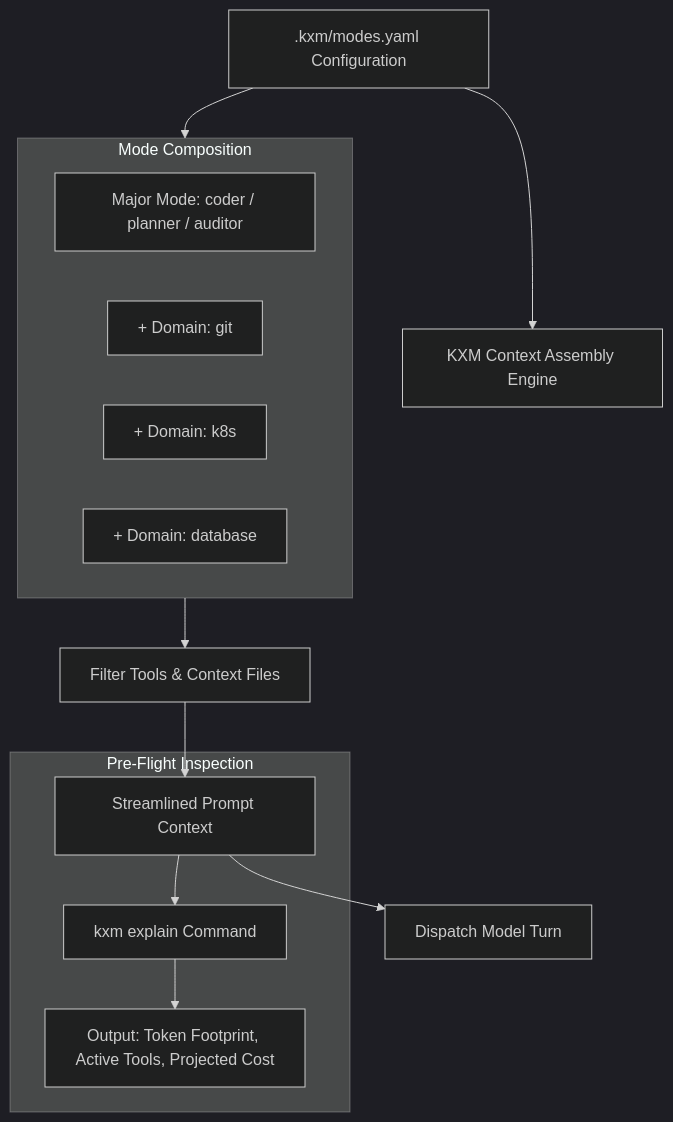
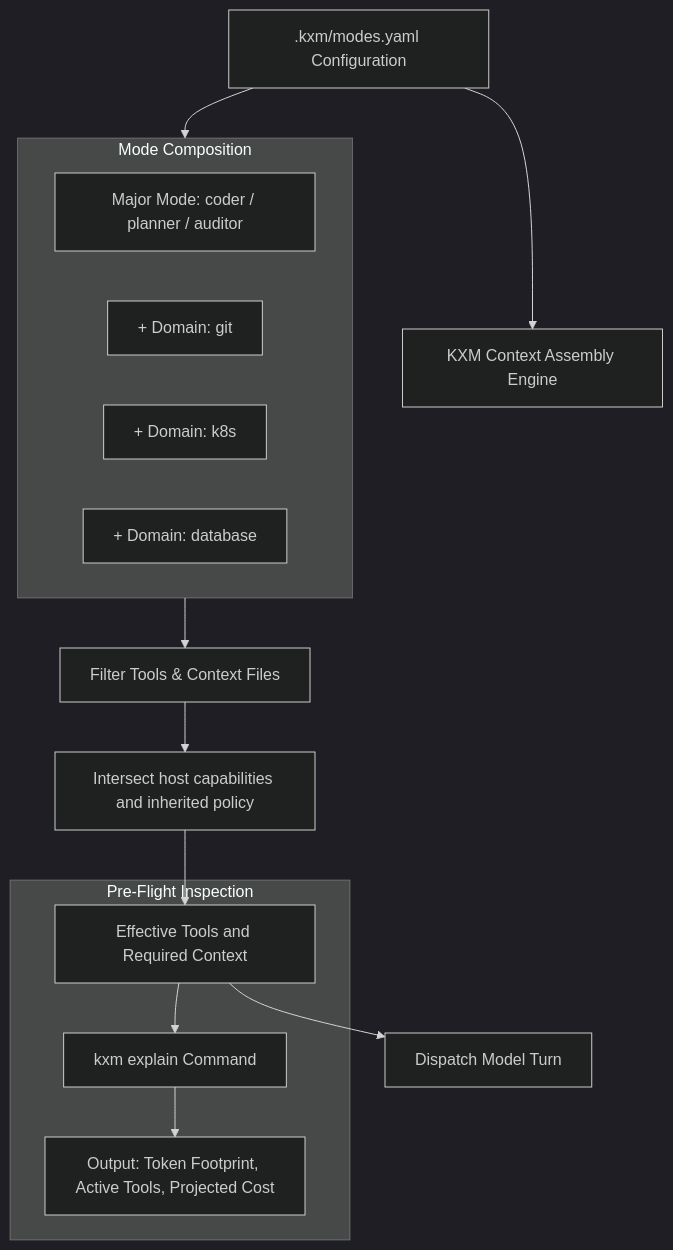
Before and after one commit to kontextmind/kxm: the diagram in plans/plan-workflow-modes-selective-loading.md, drawn with Mermaid (dark theme). The commit also changed other lines of this file and 36 other files, not shown here.

Commit message:
docs(plans): consolidate KXM roadmap and fork research (#211)

````diff
--- a/plans/plan-workflow-modes-selective-loading.md
+++ b/plans/plan-workflow-modes-selective-loading.md
@@ -68,22 +70,23 @@
 ```mermaid
 flowchart TD
     Config[".kxm/modes.yaml Configuration"] --> Engine[KXM Context Assembly Engine]
     
     subgraph ModeSelection["Mode Composition"]
         Major[Major Mode: coder / planner / auditor]
         Minor1[+ Domain: git]
         Minor2[+ Domain: k8s]
         Minor3[+ Domain: database]
     end
     
     Config --> ModeSelection
     ModeSelection --> Filter[Filter Tools & Context Files]
-    Filter --> CleanContext[Streamlined Prompt Context]
+    Filter --> Policy[Intersect host capabilities and inherited policy]
+    Policy --> CleanContext[Effective Tools and Required Context]
     
     subgraph Explain["Pre-Flight Inspection"]
         CleanContext --> KxmExplain["kxm explain Command"]
         KxmExplain --> AuditReport["Output: Token Footprint, Active Tools, Projected Cost"]
     end
     
     CleanContext --> Dispatch[Dispatch Model Turn]
 ```
````
